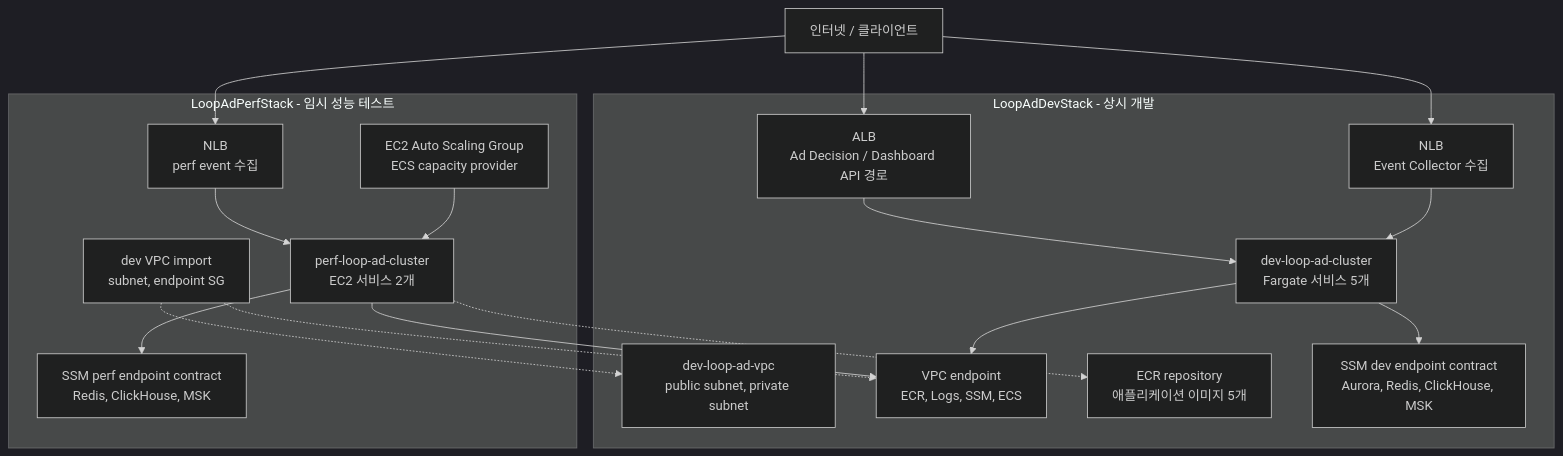
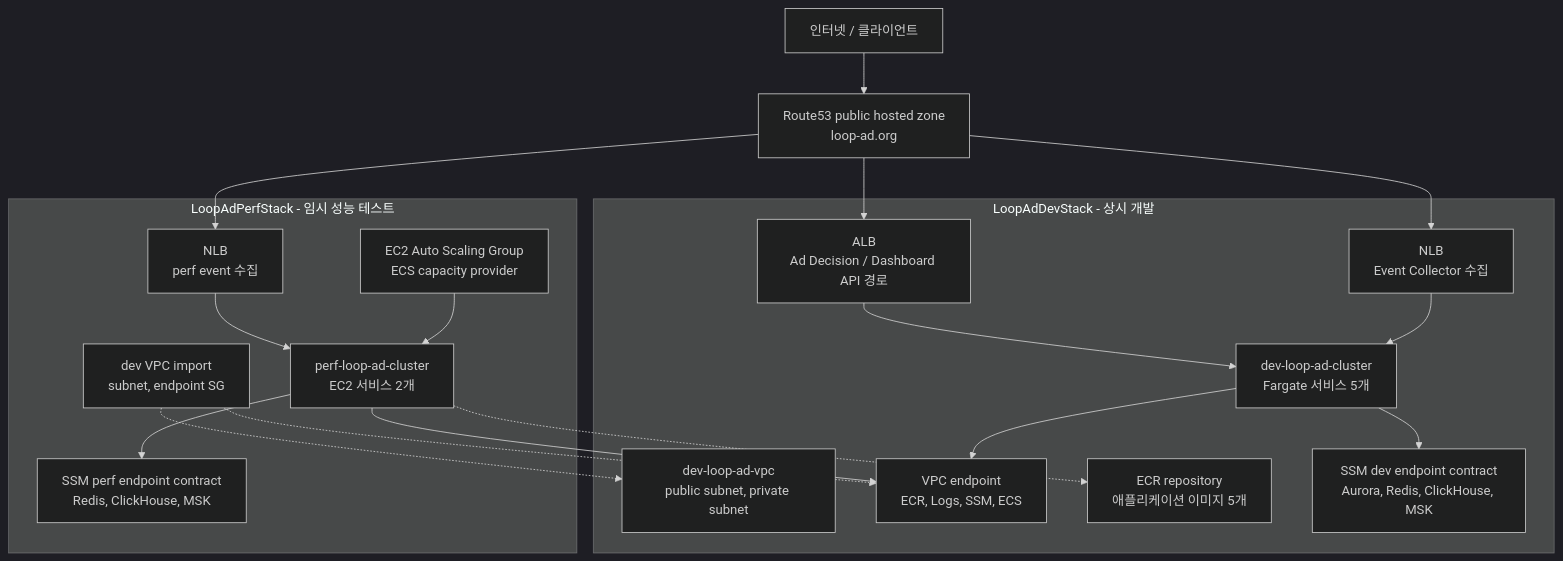
Before and after one commit to krafton-jungle-project-4team/loop-ad_infra: the diagram in README.md, drawn with Mermaid (dark theme). The commit also changed other lines of this file and 8 other files, not shown here.

````diff
--- a/README.md
+++ b/README.md
@@ -26,39 +28,41 @@
 ```mermaid
 flowchart TB
     Internet["인터넷 / 클라이언트"]
+    Route53["Route53 public hosted zone<br/>loop-ad.org"]
 
     subgraph DevStack["LoopAdDevStack - 상시 개발"]
         Vpc["dev-loop-ad-vpc<br/>public subnet, private subnet"]
         VpcEndpoints["VPC endpoint<br/>ECR, Logs, SSM, ECS"]
         Ecr["ECR repository<br/>애플리케이션 이미지 5개"]
         DevAlb["ALB<br/>Ad Decision / Dashboard API 경로"]
         DevNlb["NLB<br/>Event Collector 수집"]
         DevEcs["dev-loop-ad-cluster<br/>Fargate 서비스 5개"]
         DevContracts["SSM dev endpoint contract<br/>Aurora, Redis, ClickHouse, MSK"]
     end
 
     subgraph PerfStack["LoopAdPerfStack - 임시 성능 테스트"]
         PerfImport["dev VPC import<br/>subnet, endpoint SG"]
         PerfNlb["NLB<br/>perf event 수집"]
         PerfCapacity["EC2 Auto Scaling Group<br/>ECS capacity provider"]
         PerfEcs["perf-loop-ad-cluster<br/>EC2 서비스 2개"]
         PerfContracts["SSM perf endpoint contract<br/>Redis, ClickHouse, MSK"]
     end
 
-    Internet --> DevAlb
-    Internet --> DevNlb
-    Internet --> PerfNlb
+    Internet --> Route53
+    Route53 --> DevAlb
+    Route53 --> DevNlb
+    Route53 --> PerfNlb
 
     DevAlb --> DevEcs
     DevNlb --> DevEcs
     DevEcs --> DevContracts
     DevEcs --> VpcEndpoints
 
     PerfImport -.-> Vpc
     PerfImport -.-> VpcEndpoints
     PerfNlb --> PerfEcs
     PerfCapacity --> PerfEcs
     PerfEcs --> PerfContracts
     PerfEcs -.-> Ecr
     PerfEcs --> VpcEndpoints
 ```
````
